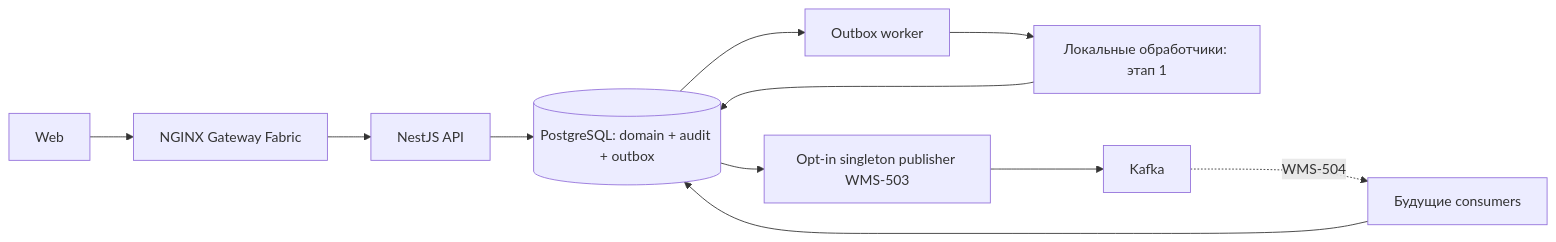
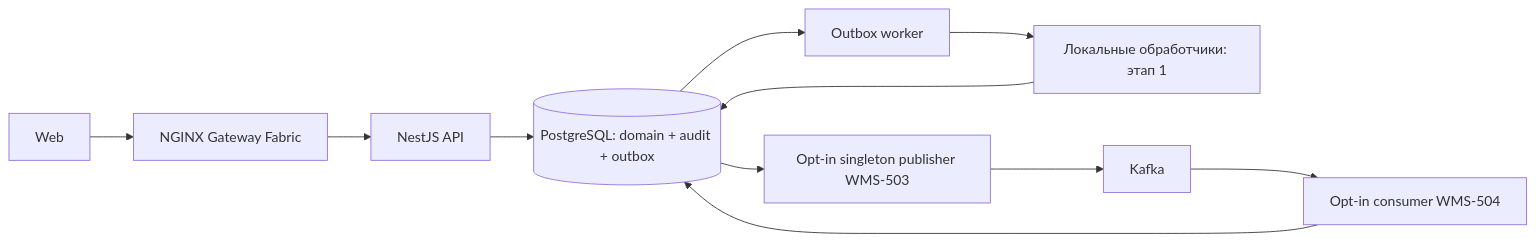
One commit to alekseishmidko/warehouse-control changed the diagram in docs/architecture.md. Above: the diagram before and after it, drawn with Mermaid. The commit also changed other lines of this file and 50 other files, not shown here.

First line of the commit message:
feat(kafka): реализовать WMS-504 consumers и локальный harness

````diff
--- a/docs/architecture.md
+++ b/docs/architecture.md
@@ -65,13 +65,13 @@
 ```mermaid
 flowchart LR
   UI[Web] --> GW[NGINX Gateway Fabric]
   GW --> API[NestJS API]
   API --> PG[(PostgreSQL: domain + audit + outbox)]
   PG --> W[Outbox worker]
   W --> H[Локальные обработчики: этап 1]
   PG --> P[Opt-in singleton publisher WMS-503]
   P --> K[Kafka]
-  K -. WMS-504 .-> C[Будущие consumers]
+  K --> C[Opt-in consumer WMS-504]
   H --> PG
   C --> PG
 ```
````
